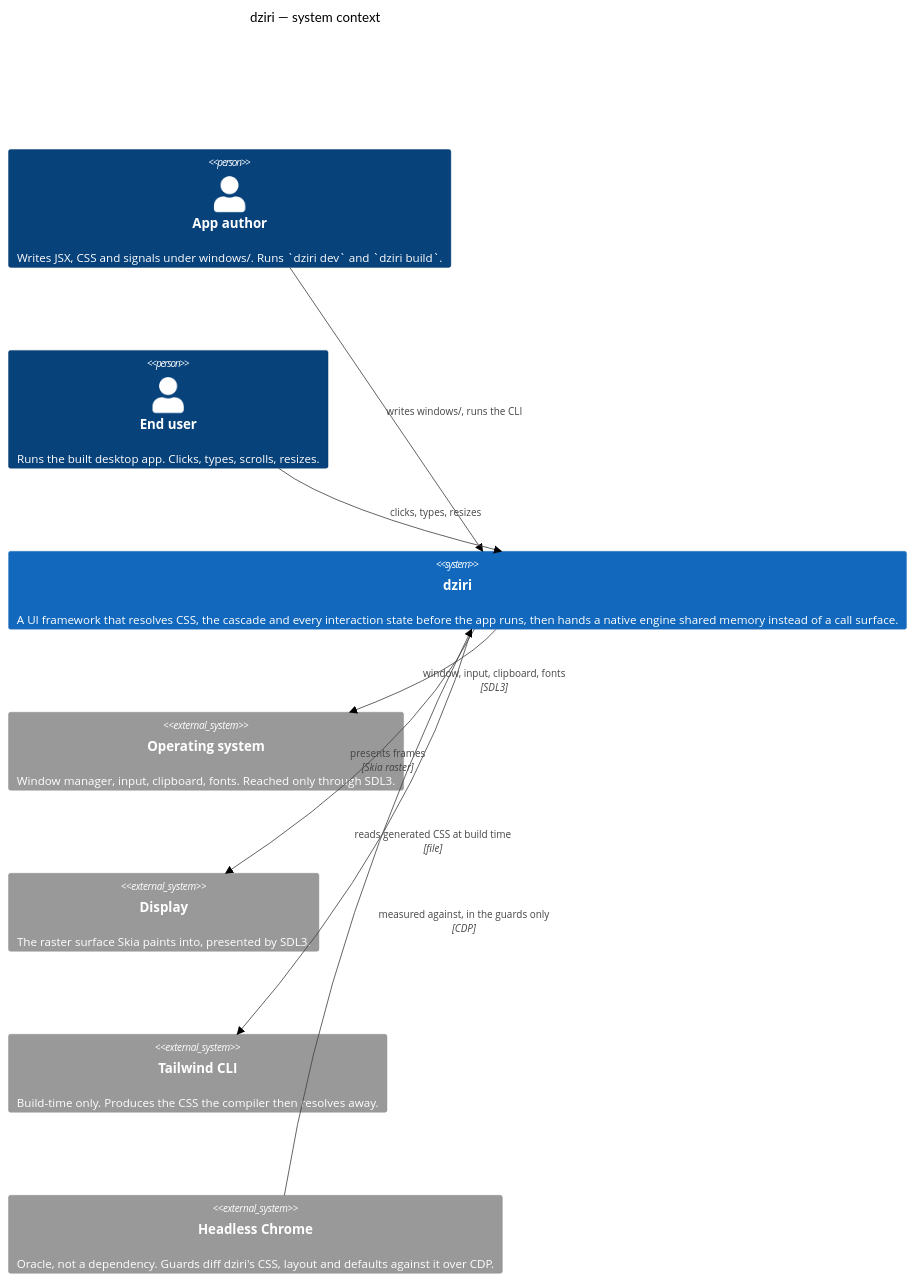
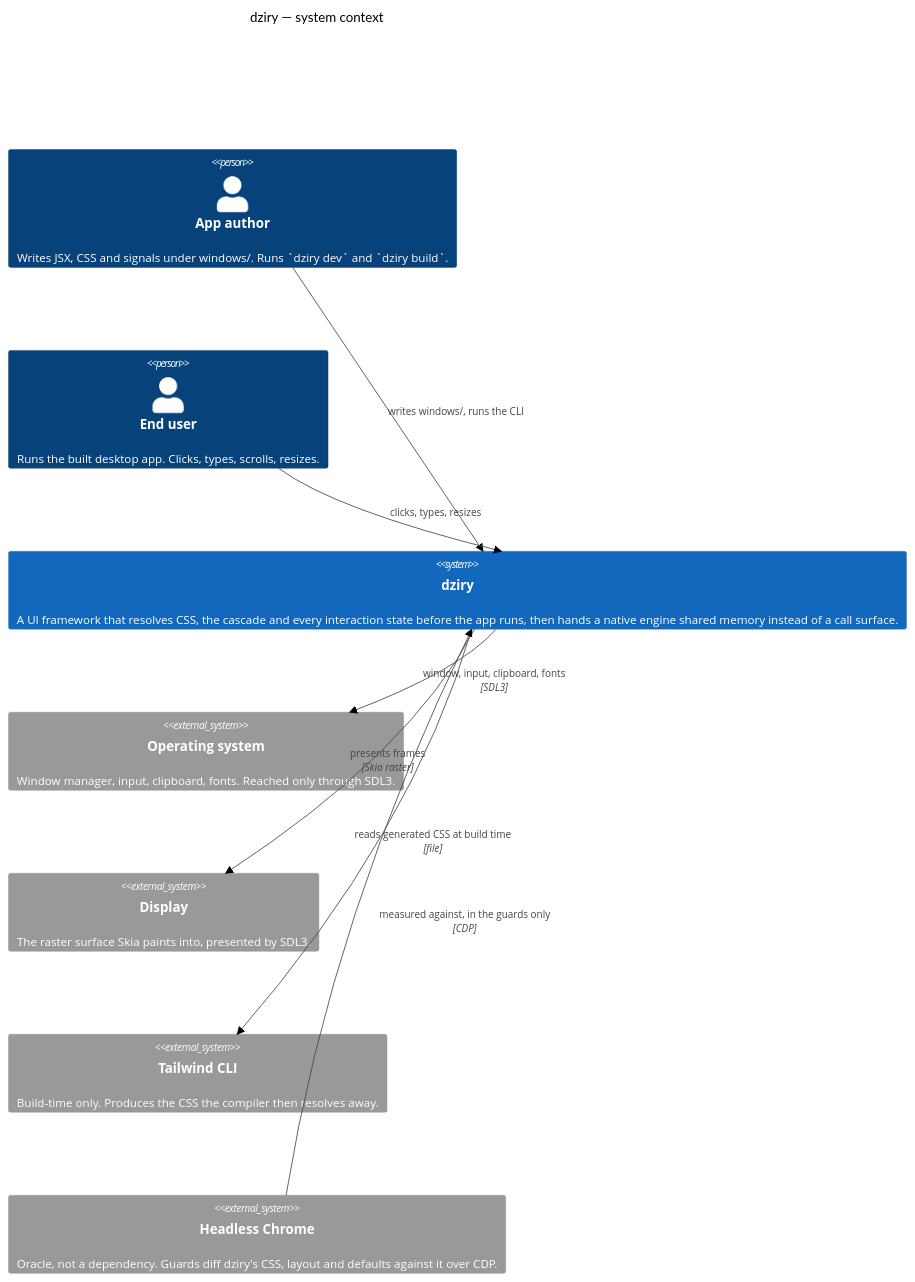
One commit to dziry-dev/dziry changed the diagram in diagrams/01-context.md. Above: the diagram before and after it, drawn with Mermaid (neutral theme). The commit also changed other lines of this file and 335 other files, not shown here.

````diff
--- a/diagrams/01-context.md
+++ b/diagrams/01-context.md
@@ -7,26 +7,26 @@
 ```mermaid
 ---
 id: 24c2f670-682d-4a79-809d-4cdb7aea6230
 ---
 C4Context
-  title dziri — system context
+  title dziry — system context
 
-  Person(author, "App author", "Writes JSX, CSS and signals under windows/. Runs `dziri dev` and `dziri build`.")
+  Person(author, "App author", "Writes JSX, CSS and signals under windows/. Runs `dziry dev` and `dziry build`.")
   Person(enduser, "End user", "Runs the built desktop app. Clicks, types, scrolls, resizes.")
 
-  System(dziri, "dziri", "A UI framework that resolves CSS, the cascade and every interaction state before the app runs, then hands a native engine shared memory instead of a call surface.")
+  System(dziry, "dziry", "A UI framework that resolves CSS, the cascade and every interaction state before the app runs, then hands a native engine shared memory instead of a call surface.")
 
   System_Ext(os, "Operating system", "Window manager, input, clipboard, fonts. Reached only through SDL3.")
   System_Ext(gpu, "Display", "The raster surface Skia paints into, presented by SDL3.")
   System_Ext(tailwind, "Tailwind CLI", "Build-time only. Produces the CSS the compiler then resolves away.")
-  System_Ext(chrome, "Headless Chrome", "Oracle, not a dependency. Guards diff dziri's CSS, layout and defaults against it over CDP.")
+  System_Ext(chrome, "Headless Chrome", "Oracle, not a dependency. Guards diff dziry's CSS, layout and defaults against it over CDP.")
 
-  Rel(author, dziri, "writes windows/, runs the CLI")
-  Rel(dziri, tailwind, "reads generated CSS at build time", "file")
-  Rel(dziri, os, "window, input, clipboard, fonts", "SDL3")
-  Rel(dziri, gpu, "presents frames", "Skia raster")
-  Rel(enduser, dziri, "clicks, types, resizes")
-  Rel(chrome, dziri, "measured against, in the guards only", "CDP")
+  Rel(author, dziry, "writes windows/, runs the CLI")
+  Rel(dziry, tailwind, "reads generated CSS at build time", "file")
+  Rel(dziry, os, "window, input, clipboard, fonts", "SDL3")
+  Rel(dziry, gpu, "presents frames", "Skia raster")
+  Rel(enduser, dziry, "clicks, types, resizes")
+  Rel(chrome, dziry, "measured against, in the guards only", "CDP")
 
   UpdateLayoutConfig($c4ShapeInRow="3", $c4BoundaryInRow="1")
 ```
````
